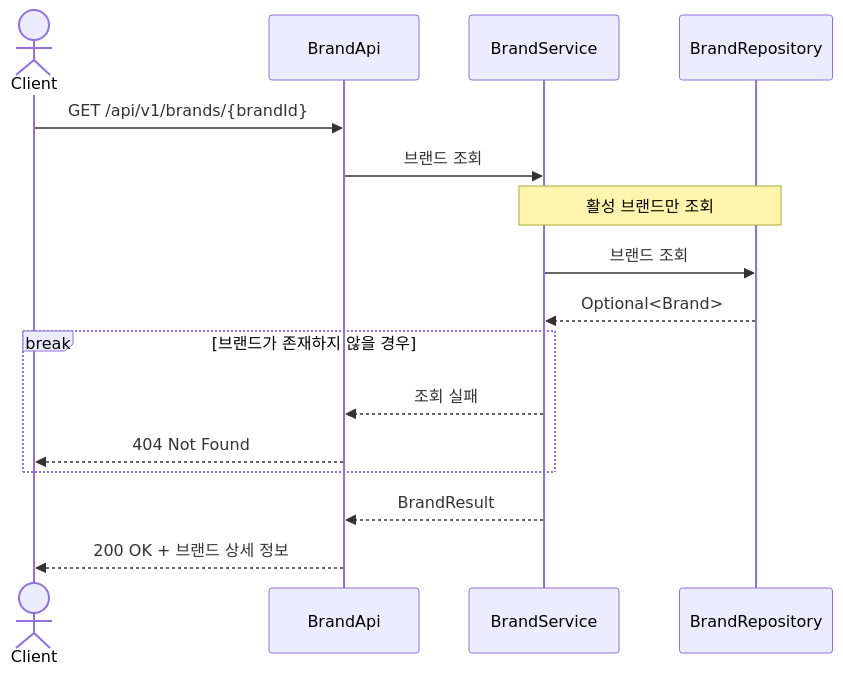
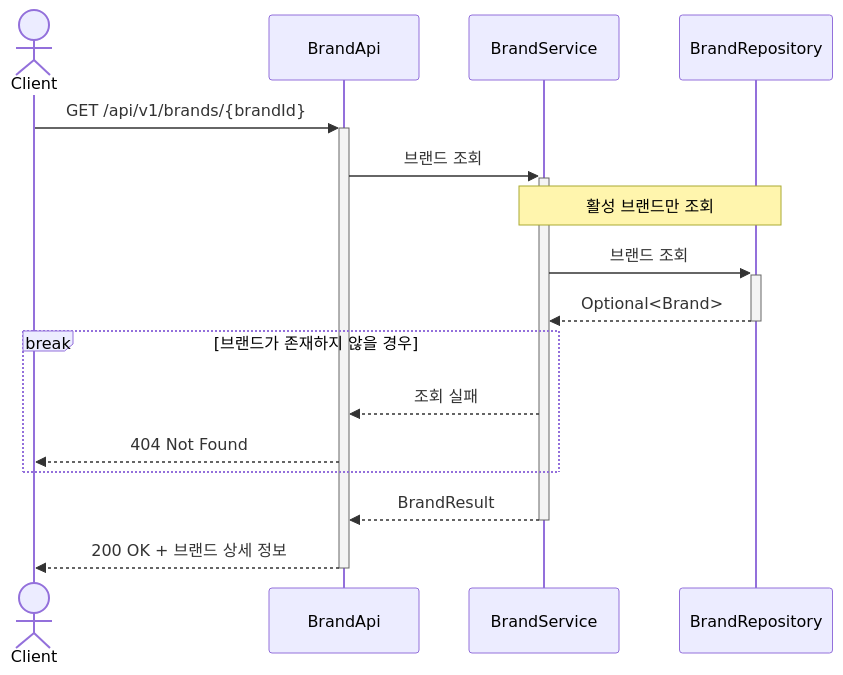
Before and after one commit to Loopers-dev-lab/loop-pack-be-l2-vol3-java: the eighth of 23 diagrams in .docs/design/02-sequence-diagrams.md, drawn with Mermaid. The commit also changed other lines of this file, not shown here.

Commit message:
docs: 시퀀스 다이어그램에 액티베이션바 추가

````diff
--- a/.docs/design/02-sequence-diagrams.md
+++ b/.docs/design/02-sequence-diagrams.md
@@ -279,22 +283,22 @@
 ```mermaid
 sequenceDiagram
     actor Client
     participant BrandApi
     participant BrandService
     participant BrandRepository
 
-    Client ->> BrandApi: GET /api/v1/brands/{brandId}
-    BrandApi ->> BrandService: 브랜드 조회
+    Client ->>+ BrandApi: GET /api/v1/brands/{brandId}
+    BrandApi ->>+ BrandService: 브랜드 조회
 
     Note over BrandService, BrandRepository: 활성 브랜드만 조회
-    BrandService ->> BrandRepository: 브랜드 조회
-    BrandRepository -->> BrandService: Optional<Brand>
+    BrandService ->>+ BrandRepository: 브랜드 조회
+    BrandRepository -->>- BrandService: Optional<Brand>
 
     break 브랜드가 존재하지 않을 경우
         BrandService -->> BrandApi: 조회 실패
         BrandApi -->> Client: 404 Not Found
     end
 
-    BrandService -->> BrandApi: BrandResult
-    BrandApi -->> Client: 200 OK + 브랜드 상세 정보
+    BrandService -->>- BrandApi: BrandResult
+    BrandApi -->>- Client: 200 OK + 브랜드 상세 정보
 ```
````
